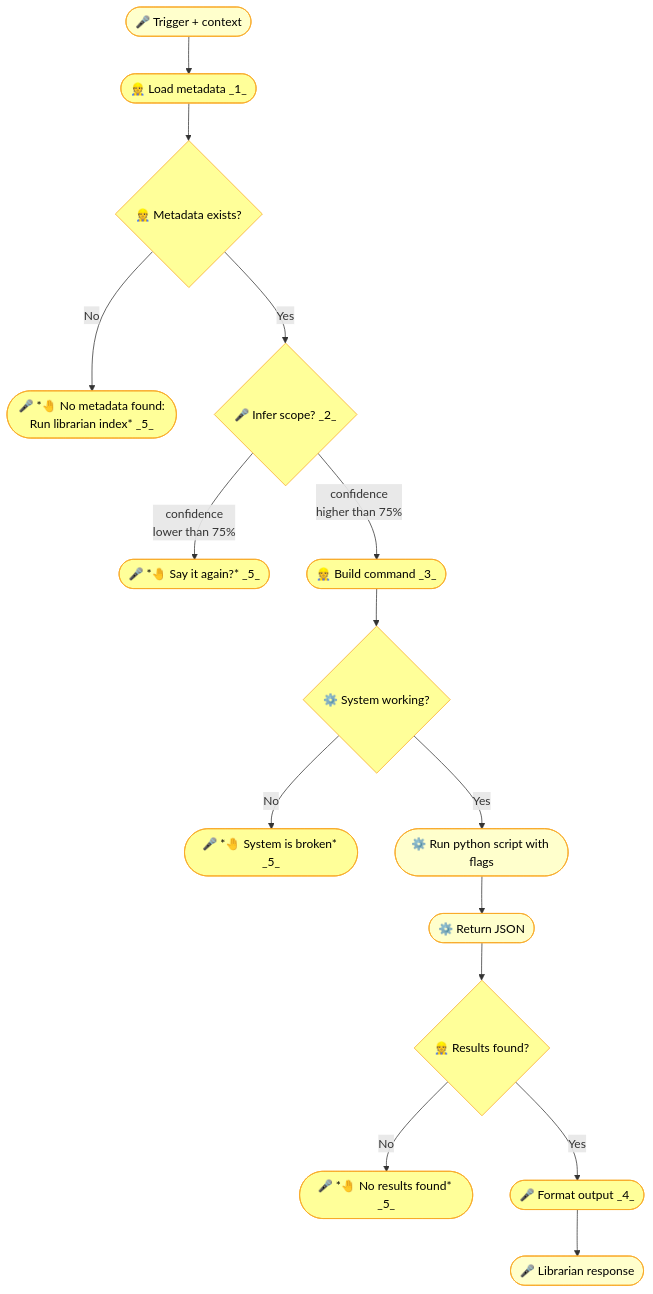
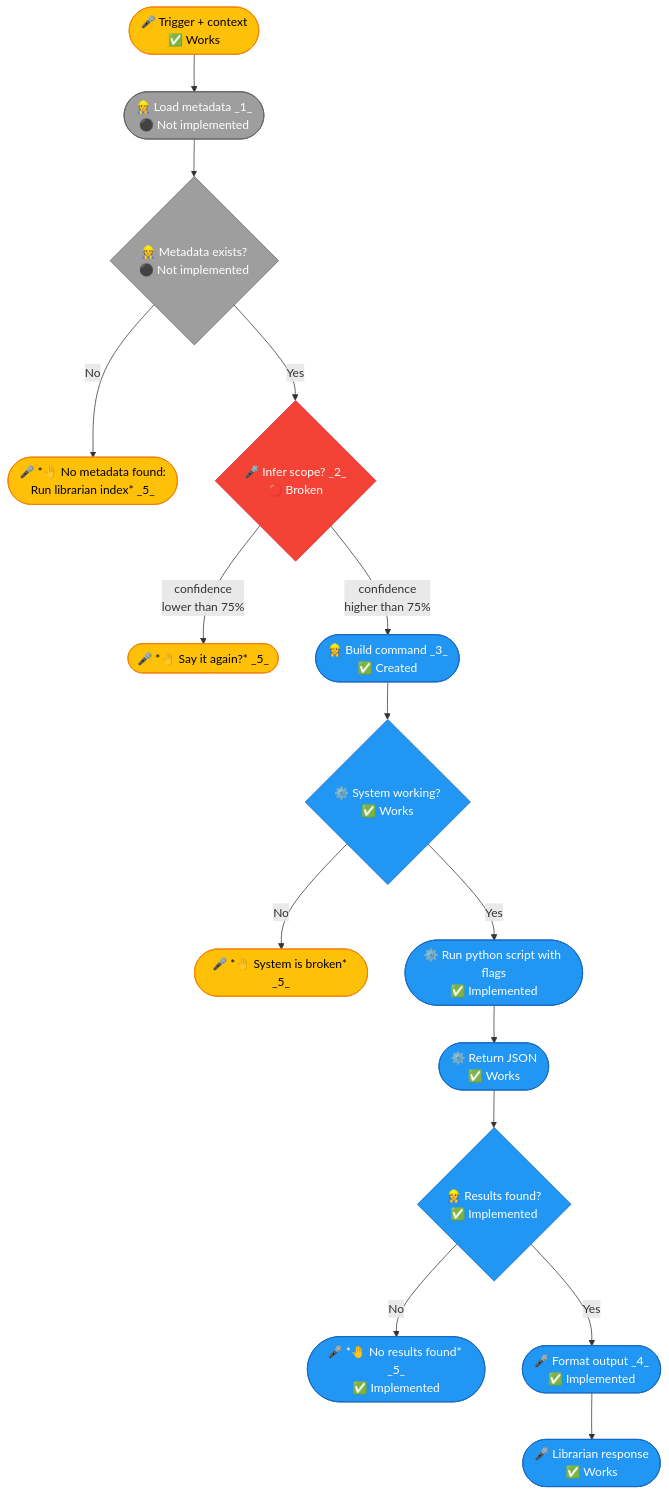
One commit to nonlinear/librarian changed the first of 2 diagrams in backstage/epic-notes/v0.15.0-skill-protocol.md. Above: the diagram before and after it, drawn with Mermaid.

Commit message:
epic-15: Update diagram colors (map implementation status to contract nodes)

````diff
--- a/backstage/epic-notes/v0.15.0-skill-protocol.md
+++ b/backstage/epic-notes/v0.15.0-skill-protocol.md
@@ -3,41 +3,41 @@
 ```mermaid
 flowchart TB
-    TRIGGER(["🎤 Trigger + context"])
-    TRIGGER --> METADATA(["👷 Load metadata _1_"])
-    METADATA --> CHECK{"👷 Metadata exists?"}
+    TRIGGER(["🎤 Trigger + context<br/>✅ Works"])
+    TRIGGER --> METADATA(["👷 Load metadata _1_<br/>⚫ Not implemented"])
+    METADATA --> CHECK{"👷 Metadata exists?<br/>⚫ Not implemented"}
     
     CHECK -->|"No"| ERROR(["🎤 *🤚 No metadata found:<br>Run librarian index* _5_"])
-    CHECK -->|"Yes"| INFER{"🎤 Infer scope? _2_"}
+    CHECK -->|"Yes"| INFER{"🎤 Infer scope? _2_<br/>🔴 Broken"}
     
     INFER -->|"confidence<br>lower than 75%"| CLARIFY(["🎤 *🤚 Say it again?* _5_"])
-    INFER -->|"confidence<br>higher than 75%"| BUILD(["👷 Build command _3_"])
+    INFER -->|"confidence<br>higher than 75%"| BUILD(["👷 Build command _3_<br/>✅ Created"])
     
-    BUILD --> CHECK_SYSTEM{"⚙️ System working?"}
+    BUILD --> CHECK_SYSTEM{"⚙️ System working?<br/>✅ Works"}
     
     CHECK_SYSTEM -->|"No"| BROKEN(["🎤 *🤚 System is broken* _5_"])
-    CHECK_SYSTEM -->|"Yes"| EXEC(["⚙️ Run python script with flags"])
+    CHECK_SYSTEM -->|"Yes"| EXEC(["⚙️ Run python script with flags<br/>✅ Implemented"])
     
-    EXEC --> JSON(["⚙️ Return JSON"])
-    JSON --> CHECK_RESULTS{"👷 Results found?"}
+    EXEC --> JSON(["⚙️ Return JSON<br/>✅ Works"])
+    JSON --> CHECK_RESULTS{"👷 Results found?<br/>✅ Implemented"}
     
-    CHECK_RESULTS -->|"No"| EMPTY(["🎤 *🤚 No results found* _5_"])
-    CHECK_RESULTS -->|"Yes"| FORMAT(["🎤 Format output _4_"])
+    CHECK_RESULTS -->|"No"| EMPTY(["🎤 *🤚 No results found* _5_<br/>✅ Implemented"])
+    CHECK_RESULTS -->|"Yes"| FORMAT(["🎤 Format output _4_<br/>✅ Implemented"])
     
-    FORMAT --> RESPONSE(["🎤 Librarian response"])
+    FORMAT --> RESPONSE(["🎤 Librarian response<br/>✅ Works"])
     
-    style TRIGGER fill:#FFFFCC,stroke:#F9A825,color:#000
-    style METADATA fill:#FFFF99,stroke:#F9A825,color:#000
-    style INFER fill:#FFFF99,stroke:#F9A825,color:#000
-    style CLARIFY fill:#FFFF99,stroke:#F9A825,color:#000
-    style BUILD fill:#FFFF99,stroke:#F9A825,color:#000
-    style EXEC fill:#FFFFCC,stroke:#F9A825,color:#000
-    style JSON fill:#FFFFCC,stroke:#F9A825,color:#000
-    style FORMAT fill:#FFFF99,stroke:#F9A825,color:#000
-    style RESPONSE fill:#FFFFCC,stroke:#F9A825,color:#000
-    style CHECK fill:#FFFF99,stroke:#F9A825,color:#000
-    style ERROR fill:#FFFF99,stroke:#F9A825,color:#000
-    style CHECK_SYSTEM fill:#FFFF99,stroke:#F9A825,color:#000
-    style BROKEN fill:#FFFF99,stroke:#F9A825,color:#000
-    style CHECK_RESULTS fill:#FFFF99,stroke:#F9A825,color:#000
-    style EMPTY fill:#FFFF99,stroke:#F9A825,color:#000
+    style TRIGGER fill:#FFC107,stroke:#F57C00,color:#000
+    style METADATA fill:#9E9E9E,stroke:#616161,color:#fff
+    style INFER fill:#f44336,stroke:#c62828,color:#fff
+    style CLARIFY fill:#FFC107,stroke:#F57C00,color:#000
+    style BUILD fill:#2196F3,stroke:#1565C0,color:#fff
+    style EXEC fill:#2196F3,stroke:#1565C0,color:#fff
+    style JSON fill:#2196F3,stroke:#1565C0,color:#fff
+    style FORMAT fill:#2196F3,stroke:#1565C0,color:#fff
+    style RESPONSE fill:#2196F3,stroke:#1565C0,color:#fff
+    style CHECK fill:#9E9E9E,stroke:#616161,color:#fff
+    style ERROR fill:#FFC107,stroke:#F57C00,color:#000
+    style CHECK_SYSTEM fill:#2196F3,stroke:#1565C0,color:#fff
+    style BROKEN fill:#FFC107,stroke:#F57C00,color:#000
+    style CHECK_RESULTS fill:#2196F3,stroke:#1565C0,color:#fff
+    style EMPTY fill:#2196F3,stroke:#1565C0,color:#fff
 ```
````
